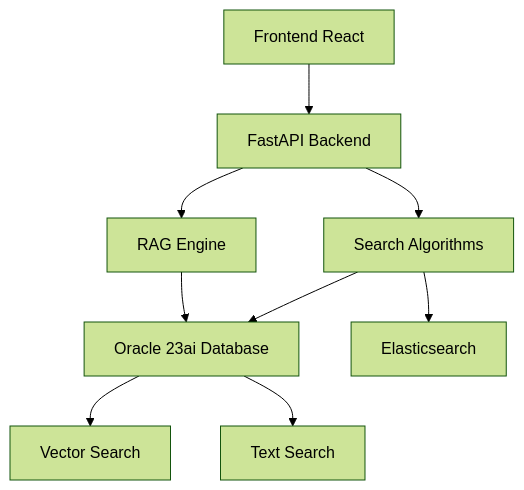
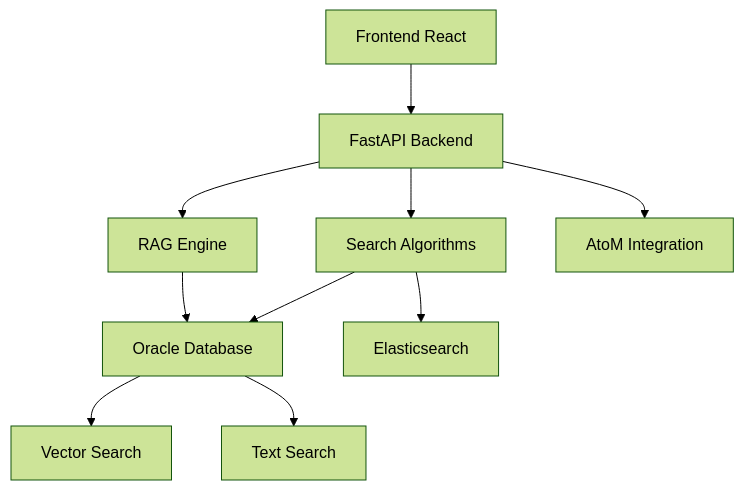
One commit to bruno101/atom-ia changed the diagram in python-backend-2/README.md. Above: the diagram before and after it, drawn with Mermaid (forest theme). The commit also changed other lines of this file and 1 other file, not shown here.

````diff
--- a/python-backend-2/README.md
+++ b/python-backend-2/README.md
@@ -29,11 +30,12 @@
 ```mermaid
 graph TB
     A[Frontend React] --> B[FastAPI Backend]
     B --> C[RAG Engine]
     B --> D[Search Algorithms]
-    C --> E[Oracle 23ai Database]
+    C --> E[Oracle Database]
     D --> E
     D --> F[Elasticsearch]
     E --> G[Vector Search]
     E --> H[Text Search]
+    B --> I[AtoM Integration]
 ```
````
